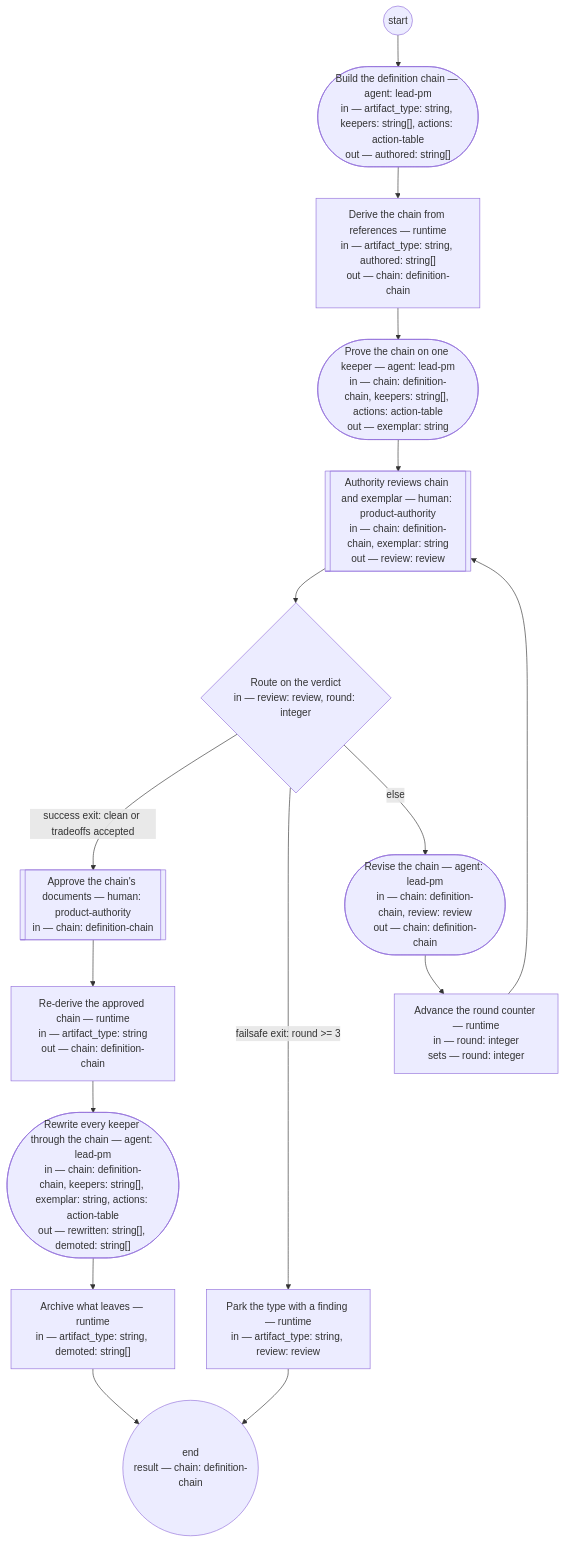
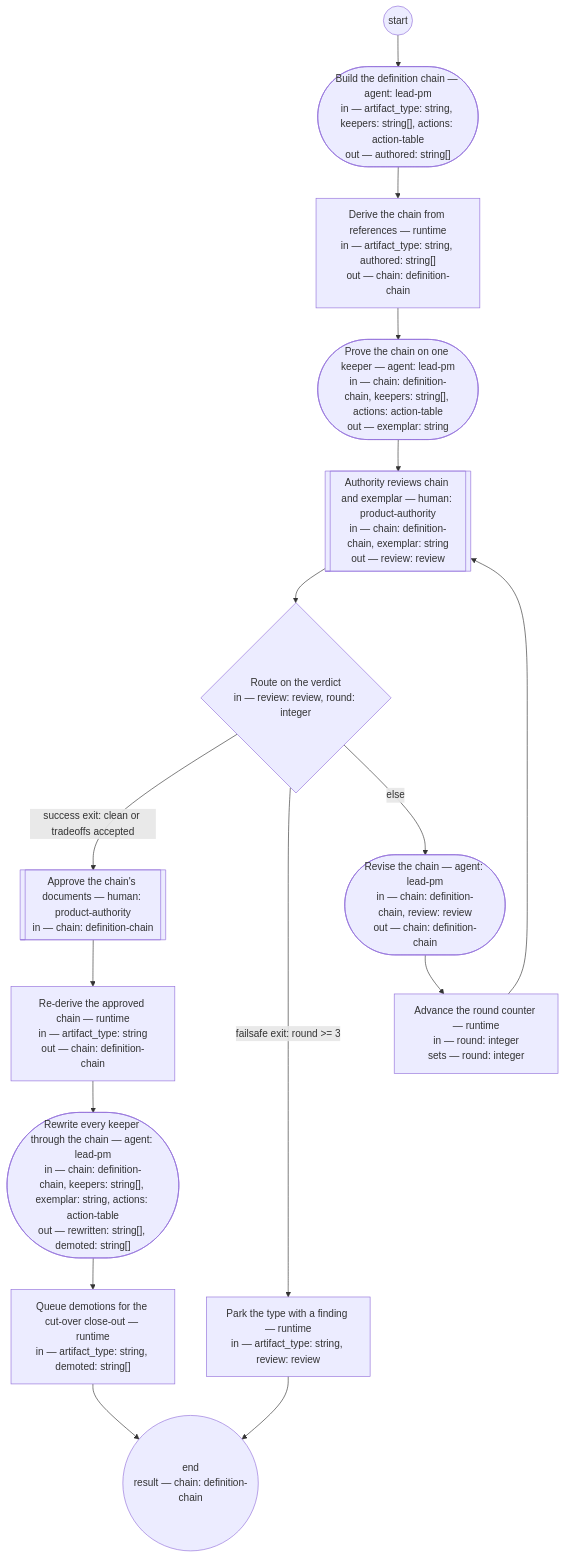
The diagram in basis/processes/definition-chain-migration.md (dstengle/shopsystem-product), drawn with Mermaid before and after one commit. The commit also changed other lines of this file and 4 other files, not shown here.

Commit message:
Rev 4 delivered: R27 phased restructure (plan rev 4, corpus-close-out cut-over staging, queue-demoted amendment), brief-027 via stakeholder-presentation (4 rounds), brief-026 superseded

````diff
--- a/basis/processes/definition-chain-migration.md
+++ b/basis/processes/definition-chain-migration.md
@@ -54,31 +54,31 @@
 ```mermaid
 flowchart TD
   build_chain(["Build the definition chain — agent: lead-pm<br/>in — artifact_type: string, keepers: string[], actions: action-table<br/>out — authored: string[]"])
   derive_chain["Derive the chain from references — runtime<br/>in — artifact_type: string, authored: string[]<br/>out — chain: definition-chain"]
   exemplar_rewrite(["Prove the chain on one keeper — agent: lead-pm<br/>in — chain: definition-chain, keepers: string[], actions: action-table<br/>out — exemplar: string"])
   authority_review[["Authority reviews chain and exemplar — human: product-authority<br/>in — chain: definition-chain, exemplar: string<br/>out — review: review"]]
   route_review{"Route on the verdict<br/>in — review: review, round: integer"}
   revise_chain(["Revise the chain — agent: lead-pm<br/>in — chain: definition-chain, review: review<br/>out — chain: definition-chain"])
   advance_round["Advance the round counter — runtime<br/>in — round: integer<br/>sets — round: integer"]
   approve_chain[["Approve the chain's documents — human: product-authority<br/>in — chain: definition-chain"]]
   rederive_chain["Re-derive the approved chain — runtime<br/>in — artifact_type: string<br/>out — chain: definition-chain"]
   rewrite_keepers(["Rewrite every keeper through the chain — agent: lead-pm<br/>in — chain: definition-chain, keepers: string[], exemplar: string, actions: action-table<br/>out — rewritten: string[], demoted: string[]"])
-  archive_retired["Archive what leaves — runtime<br/>in — artifact_type: string, demoted: string[]"]
+  queue_demoted["Queue demotions for the cut-over close-out — runtime<br/>in — artifact_type: string, demoted: string[]"]
   park["Park the type with a finding — runtime<br/>in — artifact_type: string, review: review"]
   __end(("end<br/>result — chain: definition-chain"))
   __start(("start")) --> build_chain
   build_chain --> derive_chain
   derive_chain --> exemplar_rewrite
   exemplar_rewrite --> authority_review
   authority_review --> route_review
   route_review -->|success exit: clean or tradeoffs accepted| approve_chain
   route_review -->|failsafe exit: round >= 3| park
   route_review -->|else| revise_chain
   revise_chain --> advance_round
   advance_round --> authority_review
   approve_chain --> rederive_chain
   rederive_chain --> rewrite_keepers
-  rewrite_keepers --> archive_retired
-  archive_retired --> __end
+  rewrite_keepers --> queue_demoted
+  queue_demoted --> __end
   park --> __end
 ```
````
